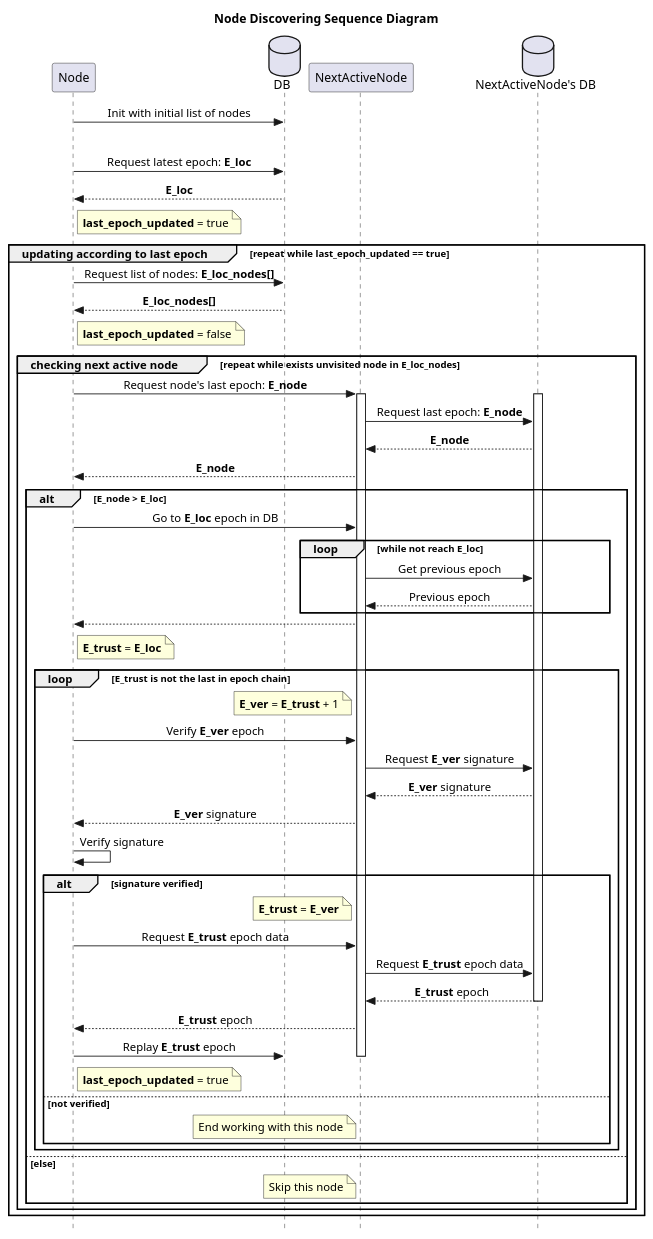
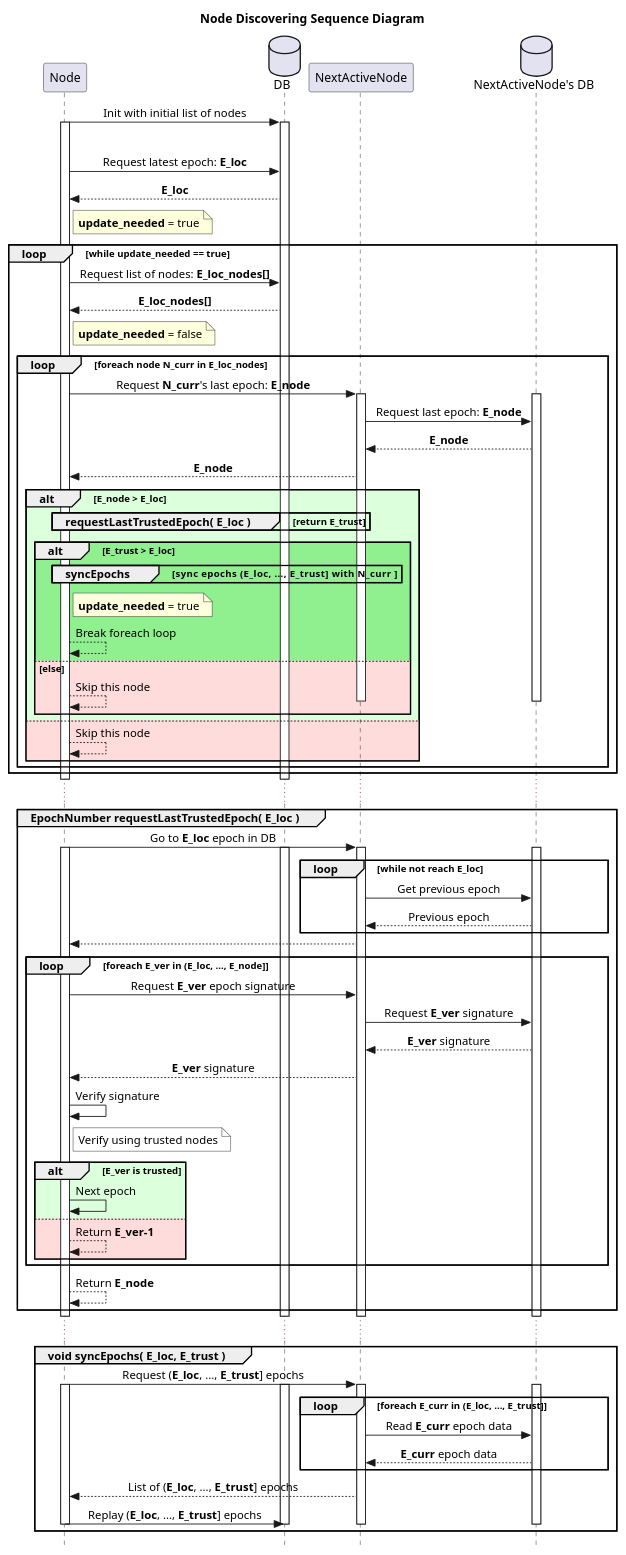
One commit to tagion/tagion changed the diagram in src/lib-funnel/tagion/uml/NodeDiscoveringSequenceDiagram.wsd. Above: the diagram before and after it, drawn with PlantUML.

Commit message:
refactor NodeDiscovering sequence diagram

```diff
--- a/src/lib-funnel/tagion/uml/NodeDiscoveringSequenceDiagram.wsd
+++ b/src/lib-funnel/tagion/uml/NodeDiscoveringSequenceDiagram.wsd
@@ -1,91 +1,117 @@
 @startuml Node Discovering Sequence
 
 skinparam Style strictuml
 skinparam SequenceMessageAlign center
 hide empty description
 title Node Discovering Sequence Diagram
 
 participant Node as node
 database DB as db
 participant NextActiveNode as cnode
 database "NextActiveNode's DB" as cdb
 
 node -> db : Init with initial list of nodes
+activate node
+activate db
 |||
 node -> db : Request latest epoch: **E_loc**
 db --> node : **E_loc**
 
 note right of node
-    **last_epoch_updated** = true
+    **update_needed** = true
 end note
-group updating according to last epoch [repeat while **last_epoch_updated** == true]
+loop while **update_needed** == true
 node -> db : Request list of nodes: **E_loc_nodes[]**
 db --> node : **E_loc_nodes[]**
 
 note right of node
-    **last_epoch_updated** = false
+    **update_needed** = false
 end note
 
-group checking next active node [repeat while exists unvisited node in **E_loc_nodes**]
-    node -> cnode : Request node's last epoch: **E_node**
+loop foreach node N_curr in E_loc_nodes
+    node -> cnode : Request **N_curr**'s last epoch: **E_node**
     activate cnode
     activate cdb
     cnode -> cdb : Request last epoch: **E_node**
     cdb --> cnode : **E_node**
     cnode --> node : **E_node**
 
-    alt **E_node** > **E_loc**
-        node -> cnode : Go to **E_loc** epoch in DB
-        loop while not reach **E_loc**
-            cnode -> cdb : Get previous epoch
-            cdb --> cnode : Previous epoch
-        end
-        cnode --> node
-        
-        note right of node
-            **E_trust** = **E_loc**
-        end note
+    alt #DCFFDC **E_node** > **E_loc**
 
-        loop **E_trust** is not the last in epoch chain
-            note left of cnode
-                **E_ver** = **E_trust** + 1
-            end note
-            node -> cnode : Verify **E_ver** epoch
-            cnode -> cdb : Request **E_ver** signature
-            cdb --> cnode : **E_ver** signature
-            cnode --> node : **E_ver** signature
-            node -> node : Verify signature
-
-            alt signature verified
-                note left of cnode
-                    **E_trust** = **E_ver**
-                end note
-                node -> cnode : Request **E_trust** epoch data
-                cnode -> cdb : Request **E_trust** epoch data
-                cdb --> cnode : **E_trust** epoch
-                deactivate cdb
-                cnode --> node : **E_trust** epoch
-                node -> db : Replay **E_trust** epoch
-
-                note right of node
-                    **last_epoch_updated** = true
-                end note
-
-            else not verified
-                note left of cnode
-                    End working with this node
-                end note
-                deactivate cnode
-            end
+        group requestLastTrustedEpoch( E_loc ) [return **E_trust**]
         end
 
-    else else
-        note left of cnode
-            Skip this node
-        end note
-        deactivate cdb
-        deactivate cnode
+        alt #90F090 **E_trust** > **E_loc**
+            group syncEpochs [sync epochs (E_loc, ..., E_trust] with N_curr        ]
+            end
+            note right of node
+                **update_needed** = true
+            end note
+            node --> node : Break foreach loop
+        else #FFDCDC else
+            node --> node : Skip this node
+            deactivate cdb
+            deactivate cnode
+        end
+    else #FFDCDC
+        node --> node : Skip this node
     end
 end
 end
+deactivate db
+deactivate node
+...
+group EpochNumber requestLastTrustedEpoch( E_loc )
+    node -> cnode : Go to **E_loc** epoch in DB
+    activate node
+    activate db
+    activate cnode
+    activate cdb
+    loop while not reach **E_loc**
+        cnode -> cdb : Get previous epoch
+        cdb --> cnode : Previous epoch
+    end
+    cnode --> node
+
+    loop foreach E_ver in (E_loc, ..., E_node]
+        node -> cnode : Request **E_ver** epoch signature
+        cnode -> cdb : Request **E_ver** signature
+        cdb --> cnode : **E_ver** signature
+        cnode --> node : **E_ver** signature
+        node -> node : Verify signature
+        note right of node #FFFFFF
+            Verify using trusted nodes
+        end note
+
+        alt #DCFFDC E_ver is trusted
+            node -> node : Next epoch
+        else #FFDCDC
+            node --> node : Return **E_ver-1**
+        end
+    end
+    node --> node : Return **E_node**
+end
+deactivate node
+deactivate db
+deactivate cnode
+deactivate cdb
+...
+group void syncEpochs( E_loc, E_trust )
+    node -> cnode : Request (**E_loc**, ..., **E_trust**] epochs
+    activate node
+    activate db
+    activate cnode
+    activate cdb
+    loop foreach E_curr in (E_loc, ..., E_trust]
+        cnode -> cdb : Read **E_curr** epoch data
+        cdb --> cnode : **E_curr** epoch data
+    end
+        cnode --> node : List of (**E_loc**, ..., **E_trust**] epochs
+        node -> db : Replay (**E_loc**, ..., **E_trust**] epochs
+deactivate node
+deactivate db
+deactivate cnode
+deactivate cdb
+end
+
 @enduml
```
